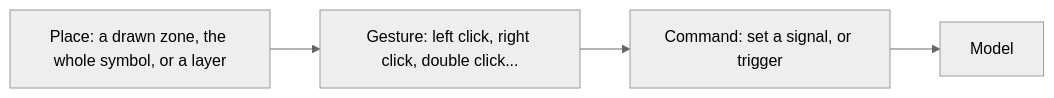
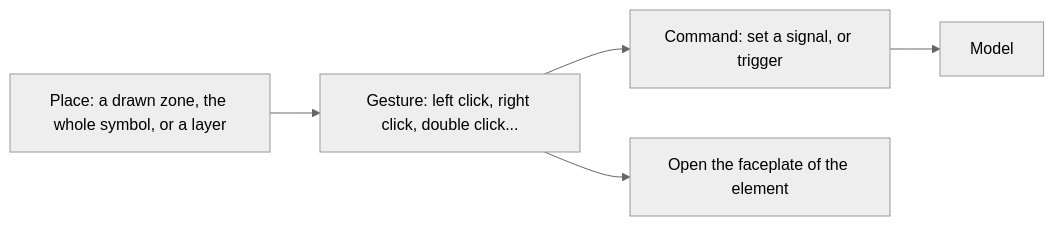
The diagram in symbols/07-interaction-mode/README.md (AlexandreGallais/synoptic-studio-spec), drawn with Mermaid (neutral theme) before and after one commit. The commit also changed other lines of this file and 1 other file, not shown here.

First line of the commit message:
docs(symbols): let an interaction open the faceplate

````diff
--- a/symbols/07-interaction-mode/README.md
+++ b/symbols/07-interaction-mode/README.md
@@ -19,6 +22,7 @@
 ```mermaid
 flowchart LR
     P["Place: a drawn zone, the whole symbol, or a layer"] --> G["Gesture: left click, right click, double click..."]
     G --> C["Command: set a signal, or trigger"]
+    G --> F["Open the faceplate of the element"]
     C --> M["Model"]
 ```
````
